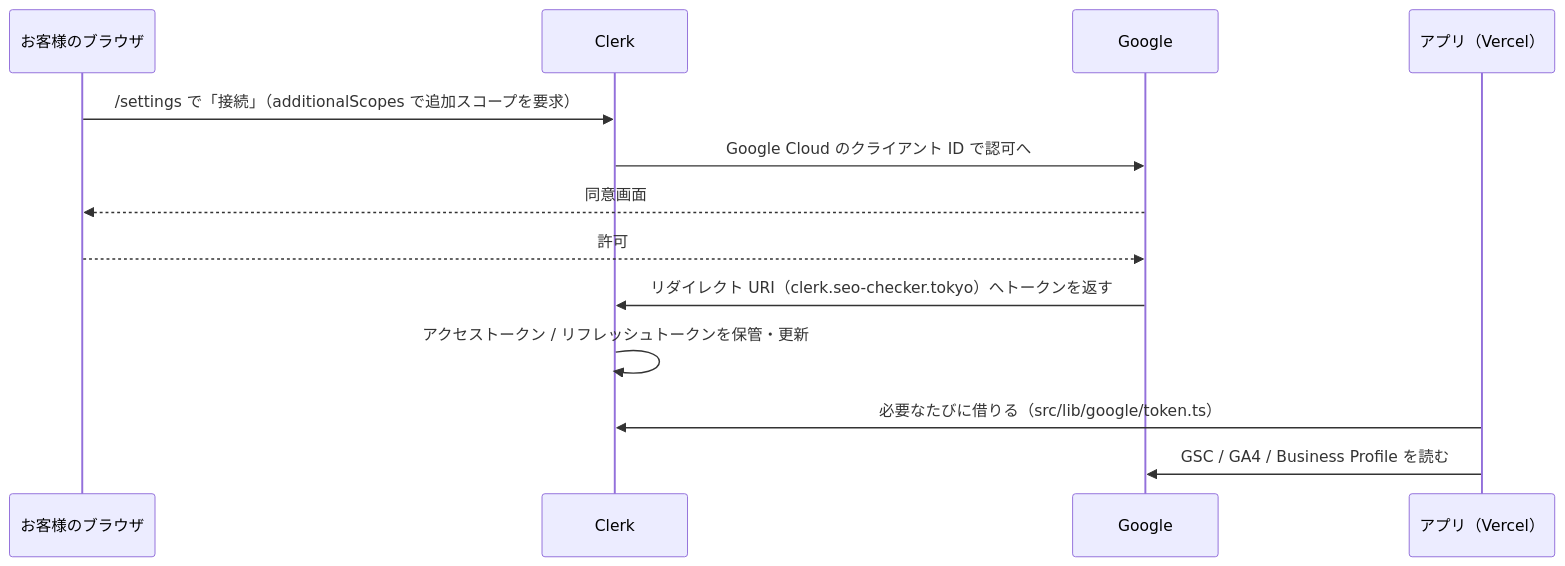
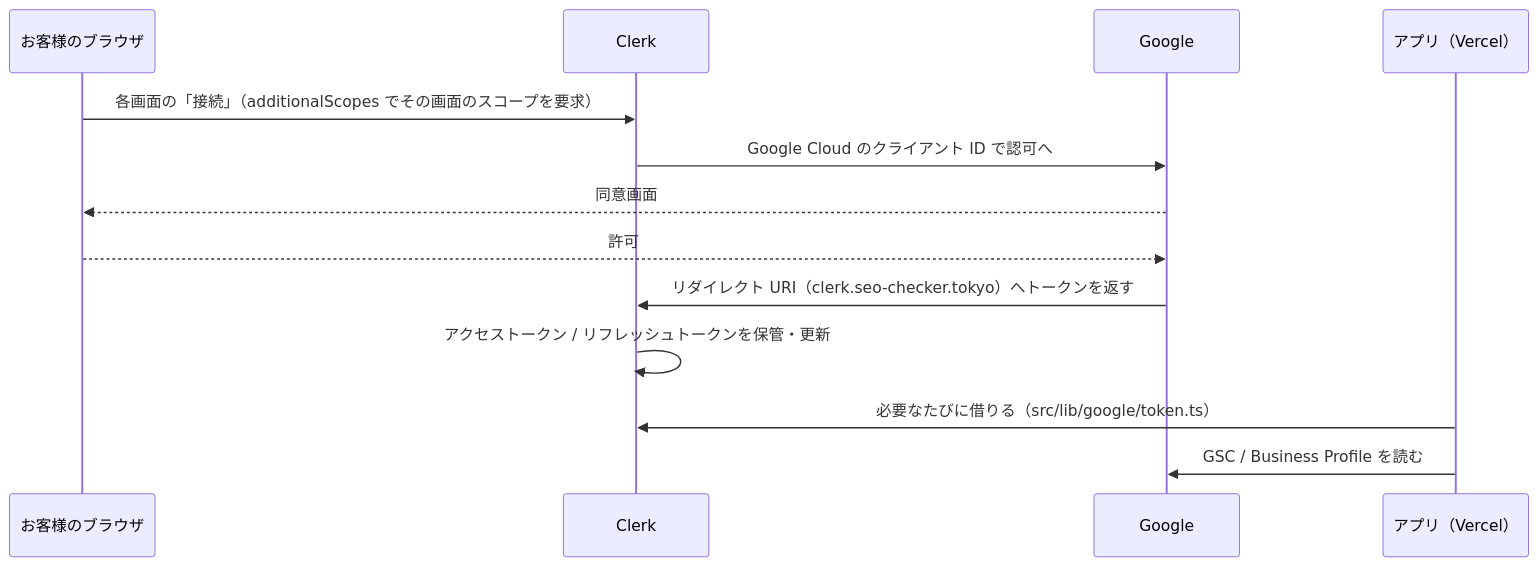
Before and after one commit to matsu609/seo-checker: the second of 4 diagrams in docs/dev/tool-map.md, drawn with Mermaid. The commit also changed other lines of this file and 12 other files, not shown here.

````diff
--- a/docs/dev/tool-map.md
+++ b/docs/dev/tool-map.md
@@ -140,15 +146,15 @@
 ```mermaid
 sequenceDiagram
   participant U as お客様のブラウザ
   participant C as Clerk
   participant G as Google
   participant A as アプリ（Vercel）
-  U->>C: /settings で「接続」（additionalScopes で追加スコープを要求）
+  U->>C: 各画面の「接続」（additionalScopes でその画面のスコープを要求）
   C->>G: Google Cloud のクライアント ID で認可へ
   G-->>U: 同意画面
   U-->>G: 許可
   G->>C: リダイレクト URI（clerk.seo-checker.tokyo）へトークンを返す
   C->>C: アクセストークン / リフレッシュトークンを保管・更新
   A->>C: 必要なたびに借りる（src/lib/google/token.ts）
-  A->>G: GSC / GA4 / Business Profile を読む
+  A->>G: GSC / Business Profile を読む
 ```
````
